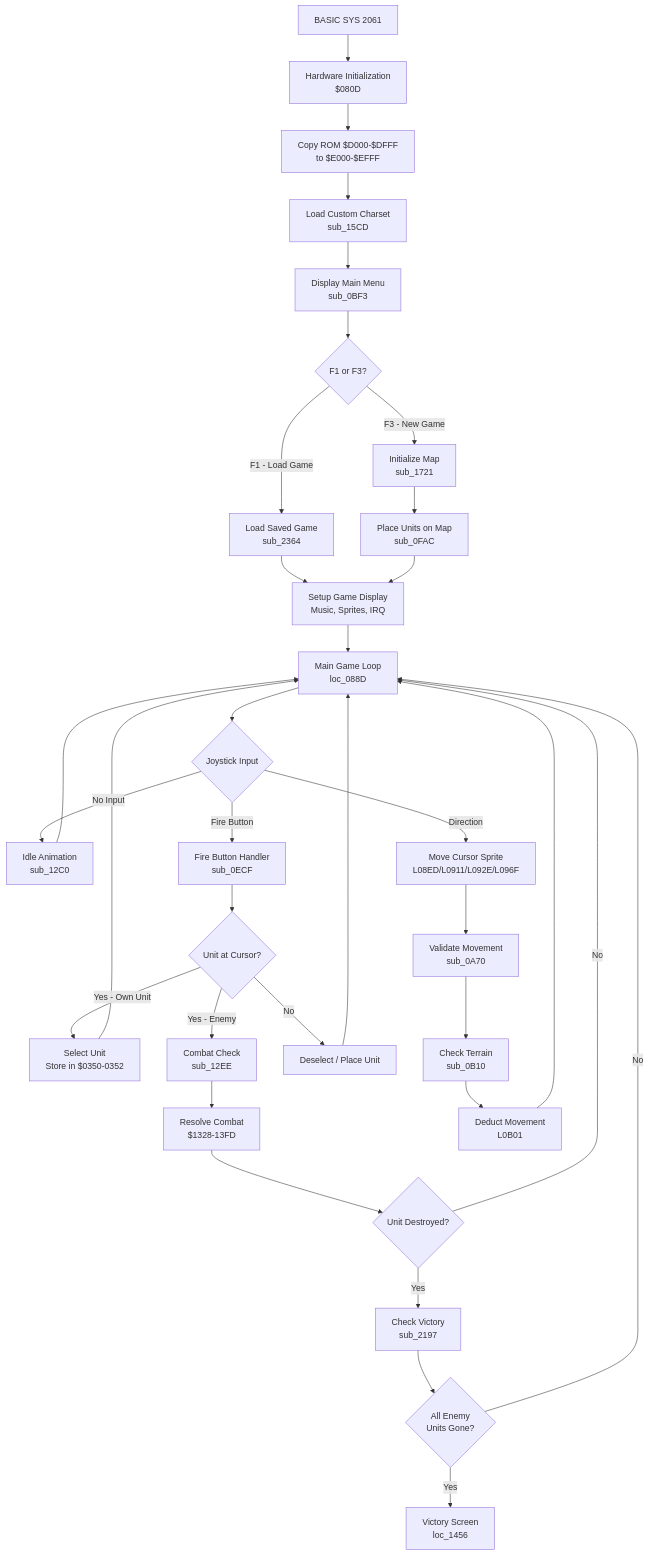
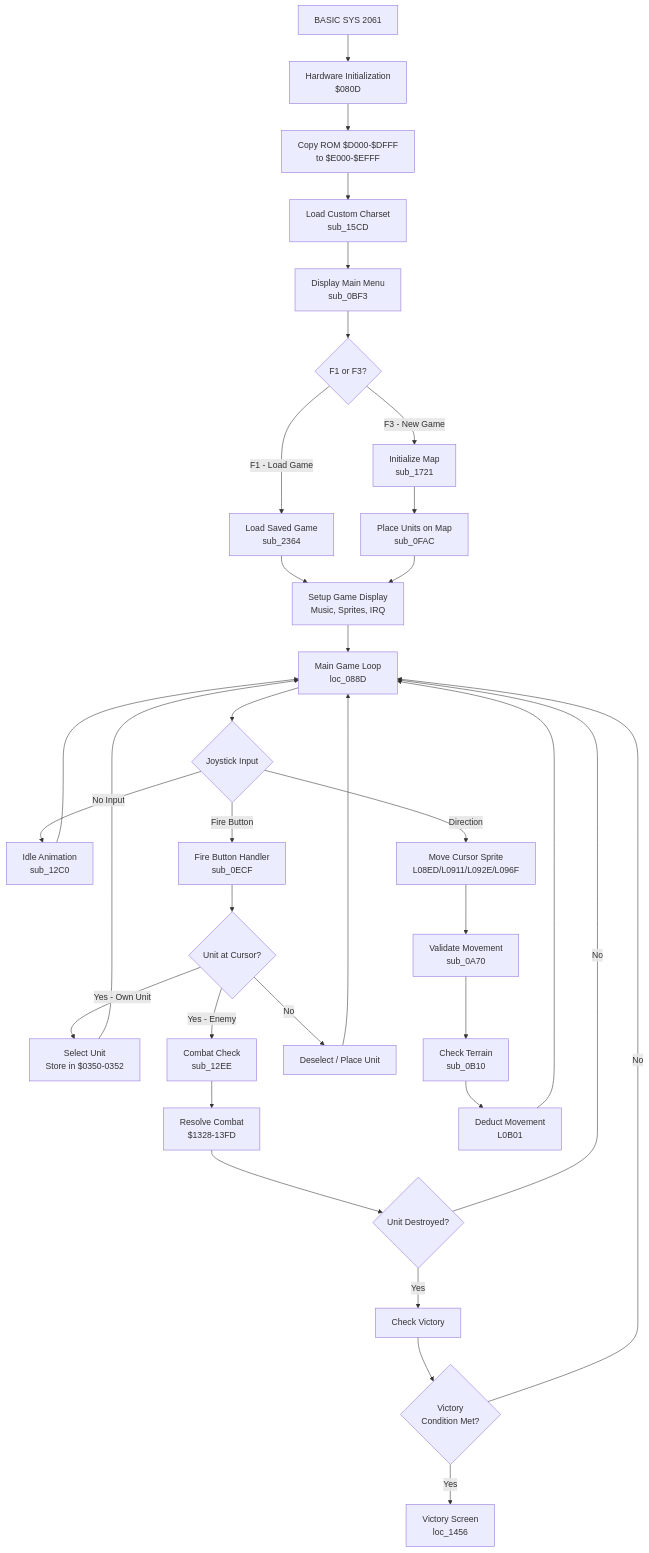
Before and after one commit to s-macke/weltendaemmerung: the first of 3 diagrams in docs/program_flow.md, drawn with Mermaid. The commit also changed other lines of this file and 6 other files, not shown here.

Commit message:
Clarify program flow

````diff
--- a/docs/program_flow.md
+++ b/docs/program_flow.md
@@ -7,46 +7,46 @@
 ```mermaid
 flowchart TD
     START[BASIC SYS 2061] --> INIT[Hardware Initialization<br/>$080D]
     INIT --> MEMCOPY[Copy ROM $D000-$DFFF<br/>to $E000-$EFFF]
     MEMCOPY --> CHARSET[Load Custom Charset<br/>sub_15CD]
     CHARSET --> MENU[Display Main Menu<br/>sub_0BF3]
 
     MENU --> F1{F1 or F3?}
     F1 -->|F1 - Load Game| LOAD[Load Saved Game<br/>sub_2364]
     F1 -->|F3 - New Game| NEWGAME[Initialize Map<br/>sub_1721]
 
     LOAD --> SETUP
     NEWGAME --> INITUNITS[Place Units on Map<br/>sub_0FAC]
     INITUNITS --> SETUP[Setup Game Display<br/>Music, Sprites, IRQ]
 
     SETUP --> GAMELOOP[Main Game Loop<br/>loc_088D]
 
     GAMELOOP --> INPUT{Joystick Input}
     INPUT -->|No Input| IDLE[Idle Animation<br/>sub_12C0]
     IDLE --> GAMELOOP
 
     INPUT -->|Fire Button| FIREACTION[Fire Button Handler<br/>sub_0ECF]
     INPUT -->|Direction| MOVECURSOR[Move Cursor Sprite<br/>L08ED/L0911/L092E/L096F]
 
     FIREACTION --> UNITSELECT{Unit at Cursor?}
     UNITSELECT -->|Yes - Own Unit| SELECT[Select Unit<br/>Store in $0350-0352]
     UNITSELECT -->|Yes - Enemy| COMBAT[Combat Check<br/>sub_12EE]
     UNITSELECT -->|No| DESELECT[Deselect / Place Unit]
 
     SELECT --> GAMELOOP
     DESELECT --> GAMELOOP
     COMBAT --> RESOLVE[Resolve Combat<br/>$1328-13FD]
 
     RESOLVE --> DESTROYED{Unit Destroyed?}
-    DESTROYED -->|Yes| CHECKWIN[Check Victory<br/>sub_2197]
+    DESTROYED -->|Yes| CHECKWIN[Check Victory]
     DESTROYED -->|No| GAMELOOP
 
-    CHECKWIN --> VICTORY{All Enemy<br/>Units Gone?}
+    CHECKWIN --> VICTORY{Victory<br/>Condition Met?}
     VICTORY -->|Yes| ENDGAME[Victory Screen<br/>loc_1456]
     VICTORY -->|No| GAMELOOP
 
     MOVECURSOR --> MOVEVALID[Validate Movement<br/>sub_0A70]
     MOVEVALID --> TERRAIN[Check Terrain<br/>sub_0B10]
     TERRAIN --> DEDUCT[Deduct Movement<br/>L0B01]
     DEDUCT --> GAMELOOP
 ```
````
